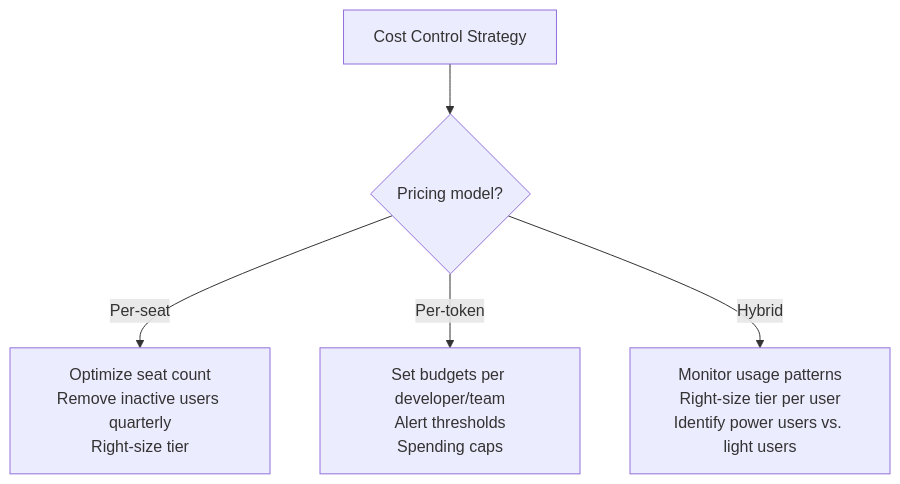
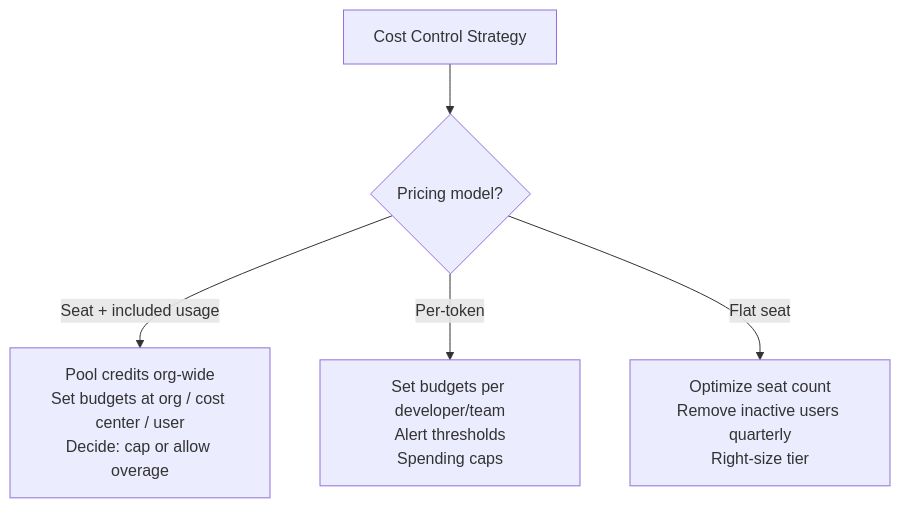
Before and after one commit to bernardmendonca/ai-engineering-playbook: the third of 4 diagrams in ai-coding-agents/governing-agents.md, drawn with Mermaid. The commit also changed other lines of this file and 53 other files, not shown here.

````diff
--- a/ai-coding-agents/governing-agents.md
+++ b/ai-coding-agents/governing-agents.md
@@ -152,7 +155,7 @@
 ```mermaid
 flowchart TD
     A[Cost Control Strategy] --> B{Pricing model?}
-    B -->|Per-seat| C[Optimize seat count<br/>Remove inactive users quarterly<br/>Right-size tier]
+    B -->|Seat + included usage| C[Pool credits org-wide<br/>Set budgets at org / cost center / user<br/>Decide: cap or allow overage]
     B -->|Per-token| D[Set budgets per developer/team<br/>Alert thresholds<br/>Spending caps]
-    B -->|Hybrid| E[Monitor usage patterns<br/>Right-size tier per user<br/>Identify power users vs. light users]
+    B -->|Flat seat| E[Optimize seat count<br/>Remove inactive users quarterly<br/>Right-size tier]
 ```
````
